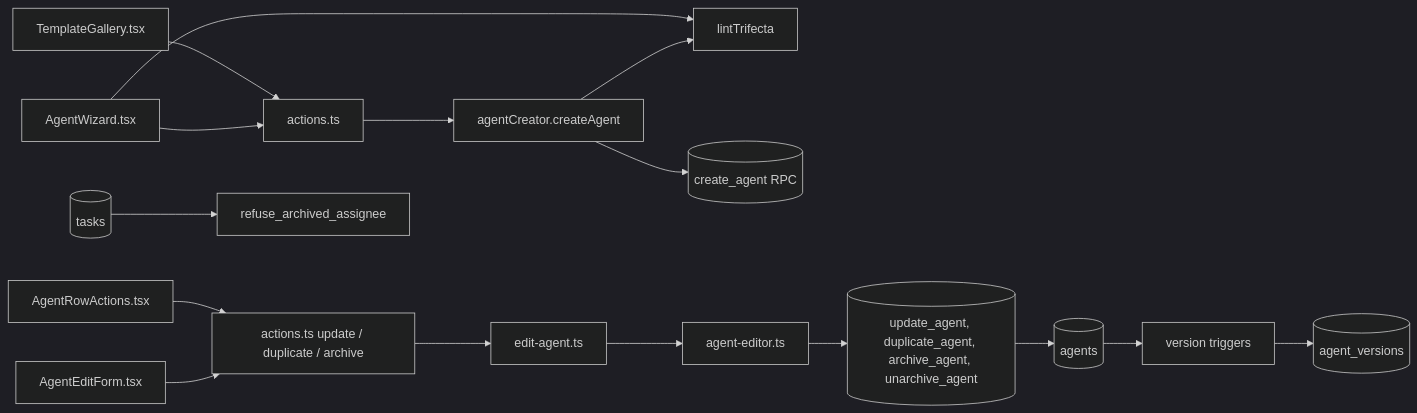
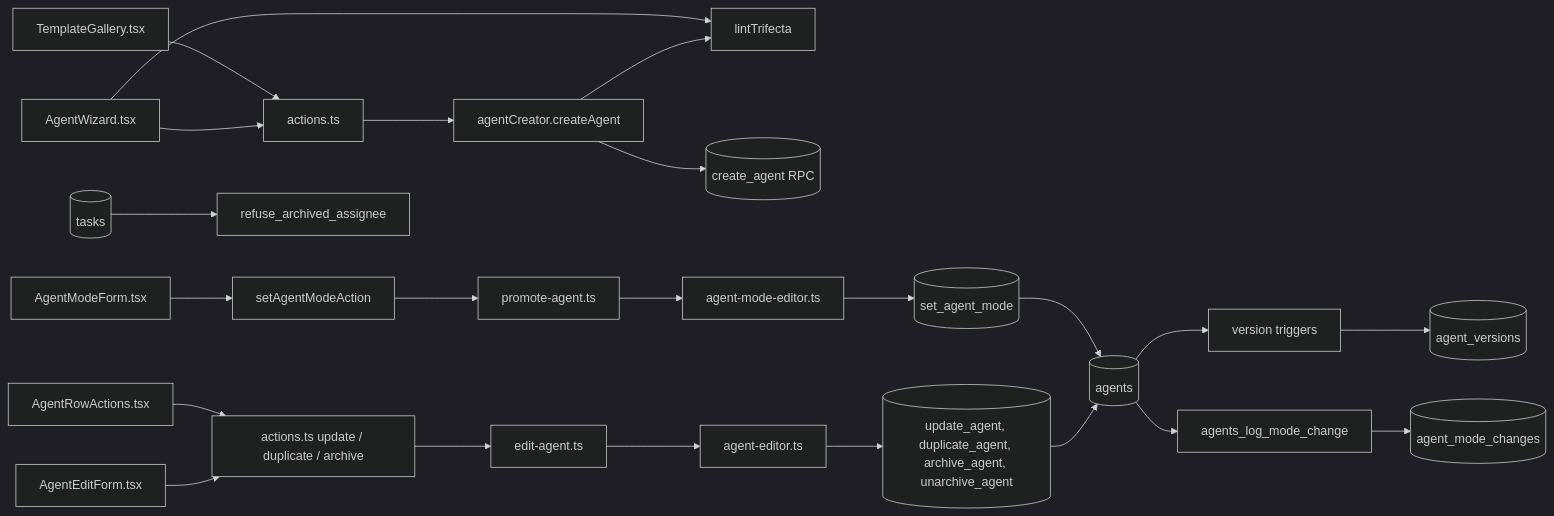
One commit to CodeEx24/ai-agent-office changed the diagram in docs/features/agents.md. Above: the diagram before and after it, drawn with Mermaid (dark theme). The commit also changed other lines of this file and 31 other files, not shown here.

````diff
--- a/docs/features/agents.md
+++ b/docs/features/agents.md
@@ -19,17 +23,19 @@
 ```mermaid
 flowchart LR
   Wizard[AgentWizard.tsx] --> Action[actions.ts]
   Gallery[TemplateGallery.tsx] --> Action
   Action --> Creator[agentCreator.createAgent]
   Creator --> Lint[lintTrifecta]
   Creator --> RPC[(create_agent RPC)]
   Wizard --> Lint
   EditForm[AgentEditForm.tsx] --> EditAct[actions.ts update / duplicate / archive]
   RowActions[AgentRowActions.tsx] --> EditAct
   EditAct --> EditLogic[edit-agent.ts]
   EditLogic --> Editor[agent-editor.ts]
   Editor --> EditRPC[(update_agent, duplicate_agent, archive_agent, unarchive_agent)]
   EditRPC --> Agents[(agents)]
   Agents --> Trig[version triggers] --> Versions[(agent_versions)]
   Tasks[(tasks)] --> Guard[refuse_archived_assignee]
+  ModeForm[AgentModeForm.tsx] --> ModeAct[setAgentModeAction] --> ModeLogic[promote-agent.ts] --> ModeEd[agent-mode-editor.ts] --> ModeRPC[(set_agent_mode)]
+  ModeRPC --> Agents --> ModeTrig[agents_log_mode_change] --> ModeLog[(agent_mode_changes)]
 ```
````
